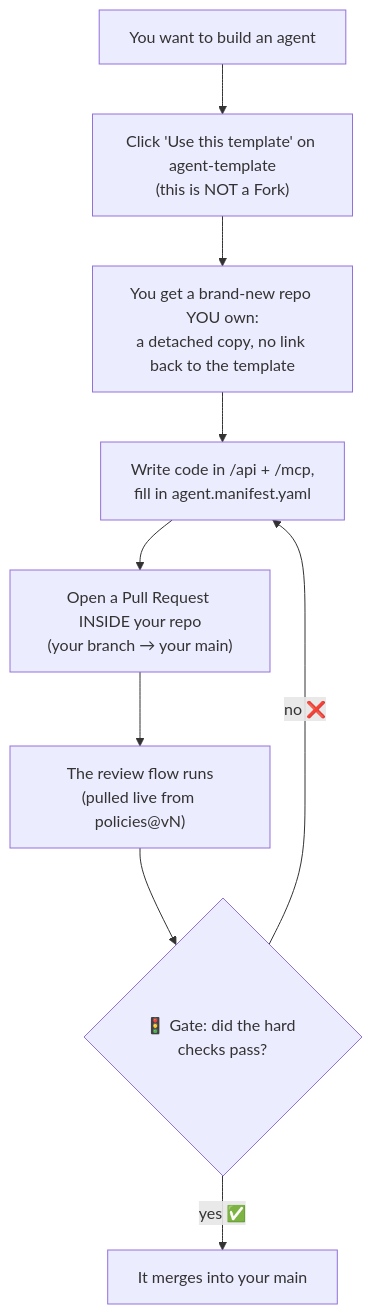
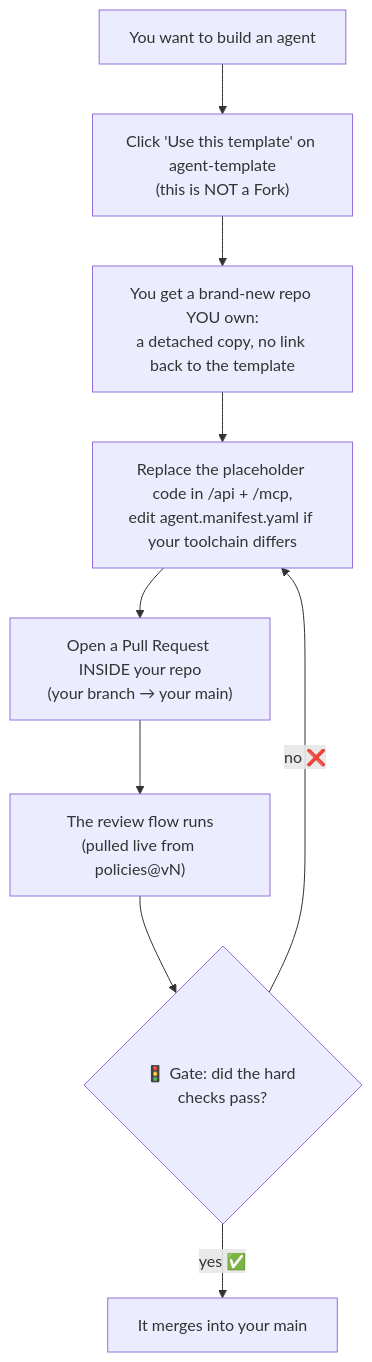
One commit to turingplanet/agent-template changed the diagram in README.md. Above: the diagram before and after it, drawn with Mermaid. The commit also changed other lines of this file and 6 other files, not shown here.

Commit message:
template: add runnable /api + /mcp + tests skeleton; make manifest concrete (python-mcp)

````diff
--- a/README.md
+++ b/README.md
@@ -9,11 +18,11 @@
 ```mermaid
 flowchart TB
     A["You want to build an agent"] --> B["Click 'Use this template' on agent-template<br/>(this is NOT a Fork)"]
     B --> C["You get a brand-new repo YOU own:<br/>a detached copy, no link back to the template"]
-    C --> D["Write code in /api + /mcp,<br/>fill in agent.manifest.yaml"]
+    C --> D["Replace the placeholder code in /api + /mcp,<br/>edit agent.manifest.yaml if your toolchain differs"]
     D --> E["Open a Pull Request INSIDE your repo<br/>(your branch → your main)"]
     E --> F["The review flow runs<br/>(pulled live from policies@vN)"]
     F --> G{"🚦 Gate: did the hard checks pass?"}
     G -- "yes ✅" --> H["It merges into your main"]
     G -- "no ❌" --> D
 ```
````
